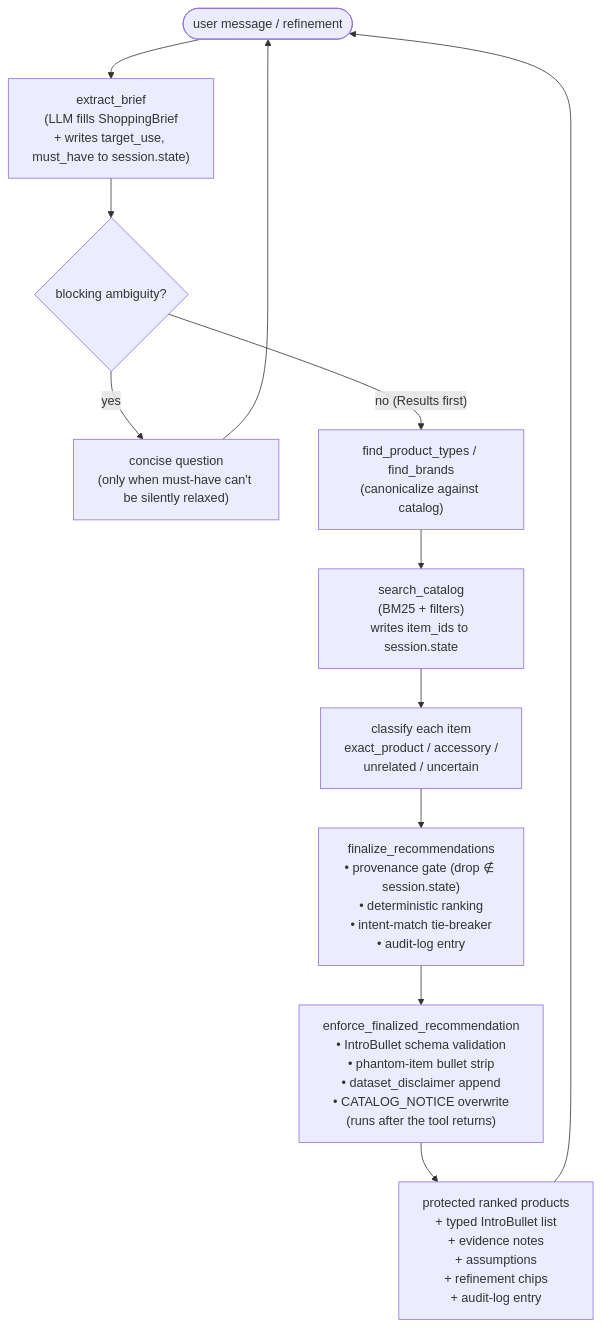
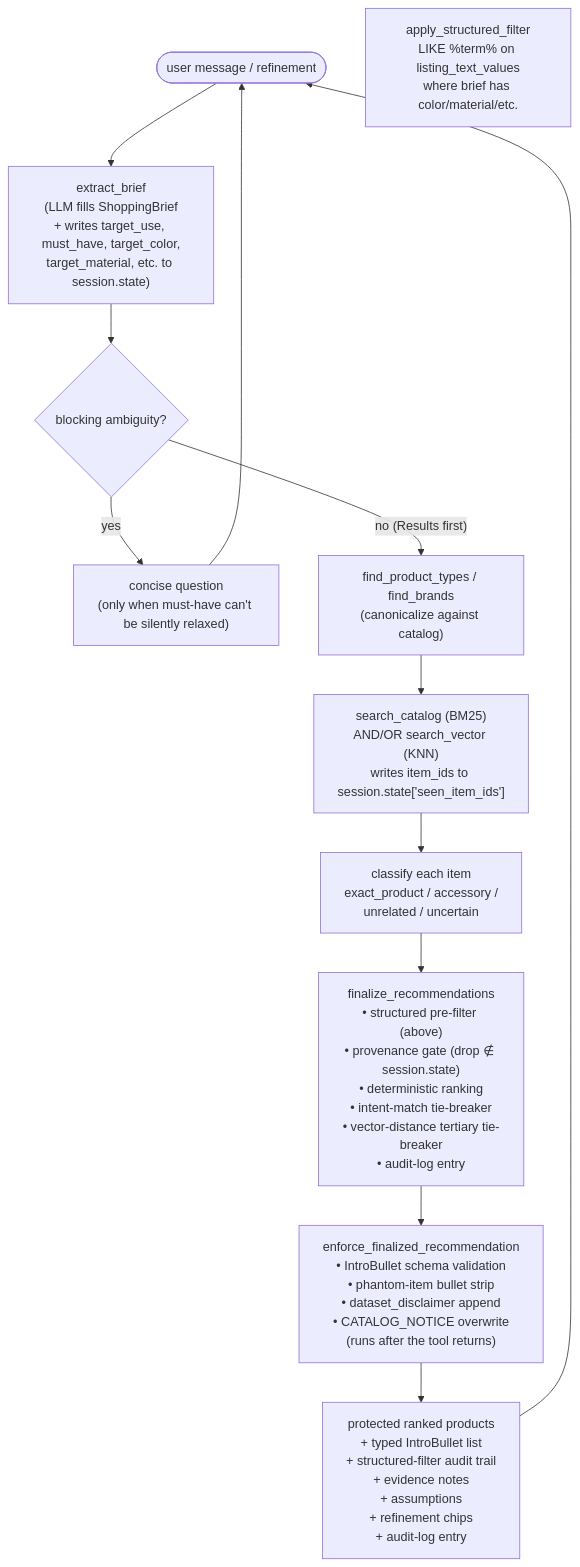
The second of 5 diagrams in architecture.md (rajasingh012/retail-concierge), drawn with Mermaid before and after one commit. The commit also changed other lines of this file and 14 other files, not shown here.

````diff
--- a/architecture.md
+++ b/architecture.md
@@ -57,25 +58,26 @@
 ```mermaid
 flowchart TD
   user(["user message / refinement"])
-  brief["extract_brief<br/>(LLM fills ShoppingBrief<br/>+ writes target_use, must_have to session.state)"]
+  brief["extract_brief<br/>(LLM fills ShoppingBrief<br/>+ writes target_use, must_have, target_color,<br/>target_material, etc. to session.state)"]
   qcheck{blocking ambiguity?}
   question["concise question<br/>(only when must-have can't be silently relaxed)"]
   resolve["find_product_types / find_brands<br/>(canonicalize against catalog)"]
-  search["search_catalog<br/>(BM25 + filters)<br/>writes item_ids to session.state"]
+  search["search_catalog (BM25)<br/>AND/OR search_vector (KNN)<br/>writes item_ids to session.state['seen_item_ids']"]
   classify["classify each item<br/>exact_product / accessory /<br/>unrelated / uncertain"]
-  finalize["finalize_recommendations<br/>• provenance gate (drop ∉ session.state)<br/>• deterministic ranking<br/>• intent-match tie-breaker<br/>• audit-log entry"]
+  filter["apply_structured_filter<br/>LIKE %term% on listing_text_values<br/>where brief has color/material/etc."]
+  finalize["finalize_recommendations<br/>• structured pre-filter (above)<br/>• provenance gate (drop ∉ session.state)<br/>• deterministic ranking<br/>• intent-match tie-breaker<br/>• vector-distance tertiary tie-breaker<br/>• audit-log entry"]
   finalize2["enforce_finalized_recommendation<br/>• IntroBullet schema validation<br/>• phantom-item bullet strip<br/>• dataset_disclaimer append<br/>• CATALOG_NOTICE overwrite<br/>(runs after the tool returns)"]
-  out["protected ranked products<br/>+ typed IntroBullet list<br/>+ evidence notes<br/>+ assumptions<br/>+ refinement chips<br/>+ audit-log entry"]
+  out["protected ranked products<br/>+ typed IntroBullet list<br/>+ structured-filter audit trail<br/>+ evidence notes<br/>+ assumptions<br/>+ refinement chips<br/>+ audit-log entry"]
 
   user --> brief
   brief --> qcheck
   qcheck -- "yes" --> question
   qcheck -- "no (Results first)" --> resolve
   question --> user
   resolve --> search
   search --> classify
   classify --> finalize
   finalize --> finalize2
   finalize2 --> out
   out --> user
 ```
````
